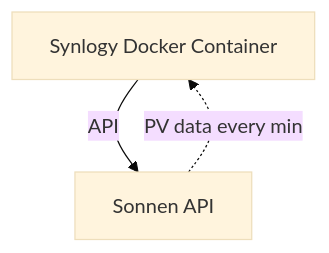
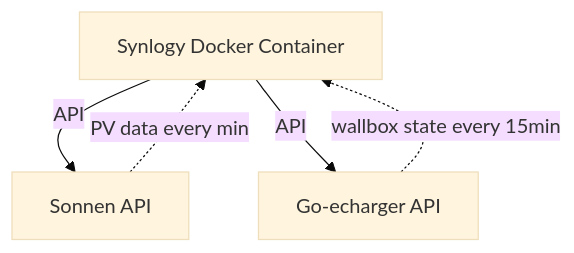
Before and after one commit to schwabenschulle/pvcharger: the diagram in README.md, drawn with Mermaid (base theme).

````diff
--- a/README.md
+++ b/README.md
@@ -22,5 +22,7 @@
 ```mermaid
 graph TD
 A[Synlogy Docker Container] -->|API| B[Sonnen API]
 B[Sonnen API] -.->|PV data every min| A[Synlogy Docker Container]
+A[Synlogy Docker Container] -->|API| C[Go-echarger API]
+C[Go-echarger API] -.->|wallbox state every 15min| A[Synlogy Docker Container]
 ```
````
